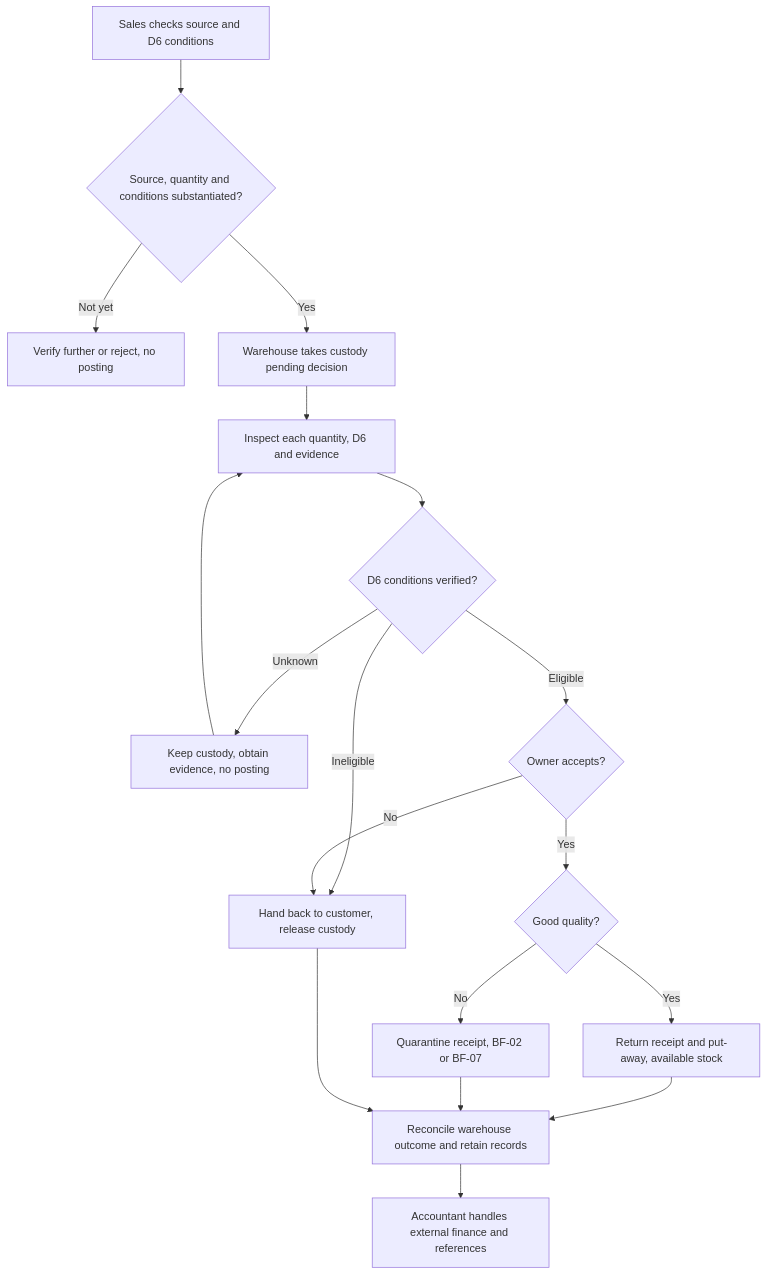
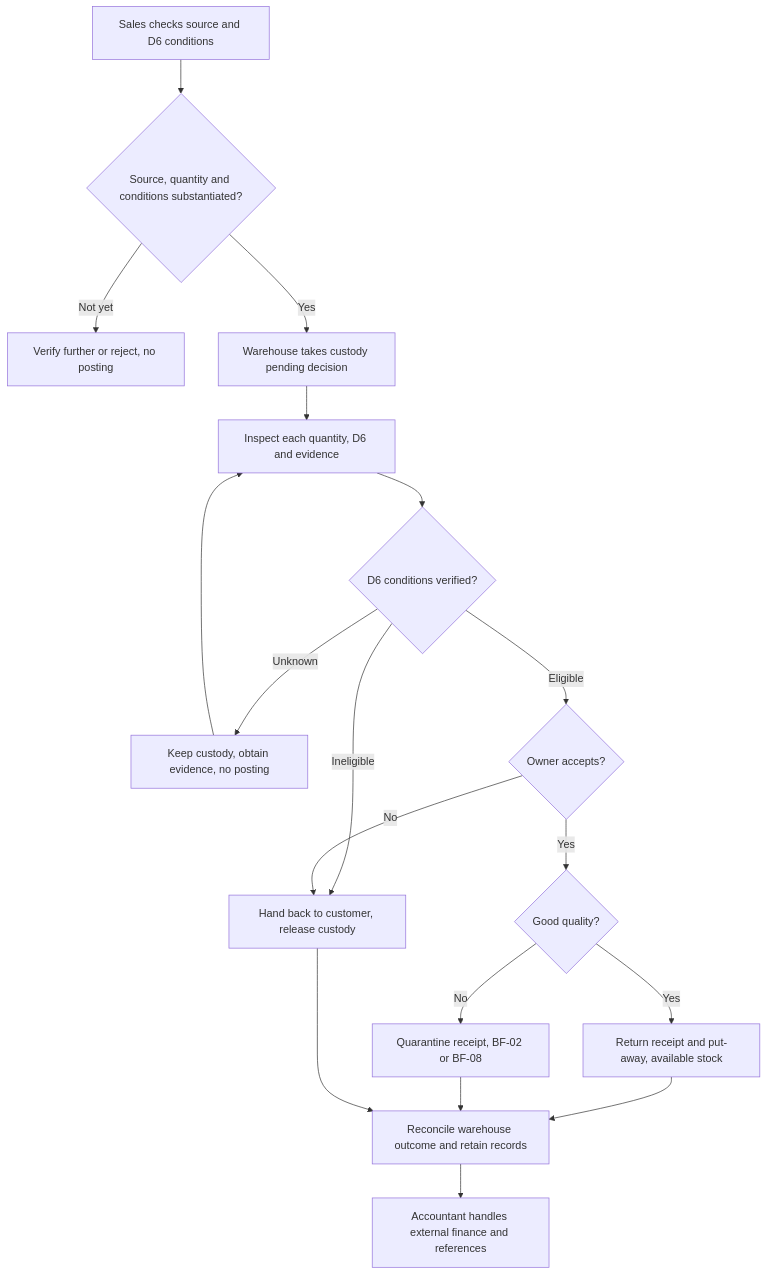
The eighth of 9 diagrams in docs/02_nghiep_vu/de_xuat_quy_trinh_2_EN.md (minhbach032003/docs_doan), drawn with Mermaid before and after one commit. The commit also changed other lines of this file and 5 other files, not shown here.

Commit message:
docs: split warehouse flows and align sales data model

````diff
--- a/docs/02_nghiep_vu/de_xuat_quy_trinh_2_EN.md
+++ b/docs/02_nghiep_vu/de_xuat_quy_trinh_2_EN.md
@@ -722,20 +785,20 @@
 ```mermaid
 flowchart TD
  A[Sales checks source and D6 conditions] --> B{Source, quantity and conditions substantiated?}
  B -->|Not yet| C[Verify further or reject, no posting]
  B -->|Yes| D[Warehouse takes custody pending decision]
  D --> E[Inspect each quantity, D6 and evidence]
  E --> Q{D6 conditions verified?}
  Q -->|Unknown| P[Keep custody, obtain evidence, no posting]
  P --> E
  Q -->|Ineligible| G[Hand back to customer, release custody]
  Q -->|Eligible| F{Owner accepts?}
  F -->|No| G[Hand back to customer, release custody]
  F -->|Yes| H{Good quality?}
  H -->|Yes| I[Return receipt and put-away, available stock]
- H -->|No| J[Quarantine receipt, BF-02 or BF-07]
+ H -->|No| J[Quarantine receipt, BF-02 or BF-08]
  I --> K[Reconcile warehouse outcome and retain records]
  J --> K
  G --> K
  K --> L[Accountant handles external finance and references]
 ```
````
